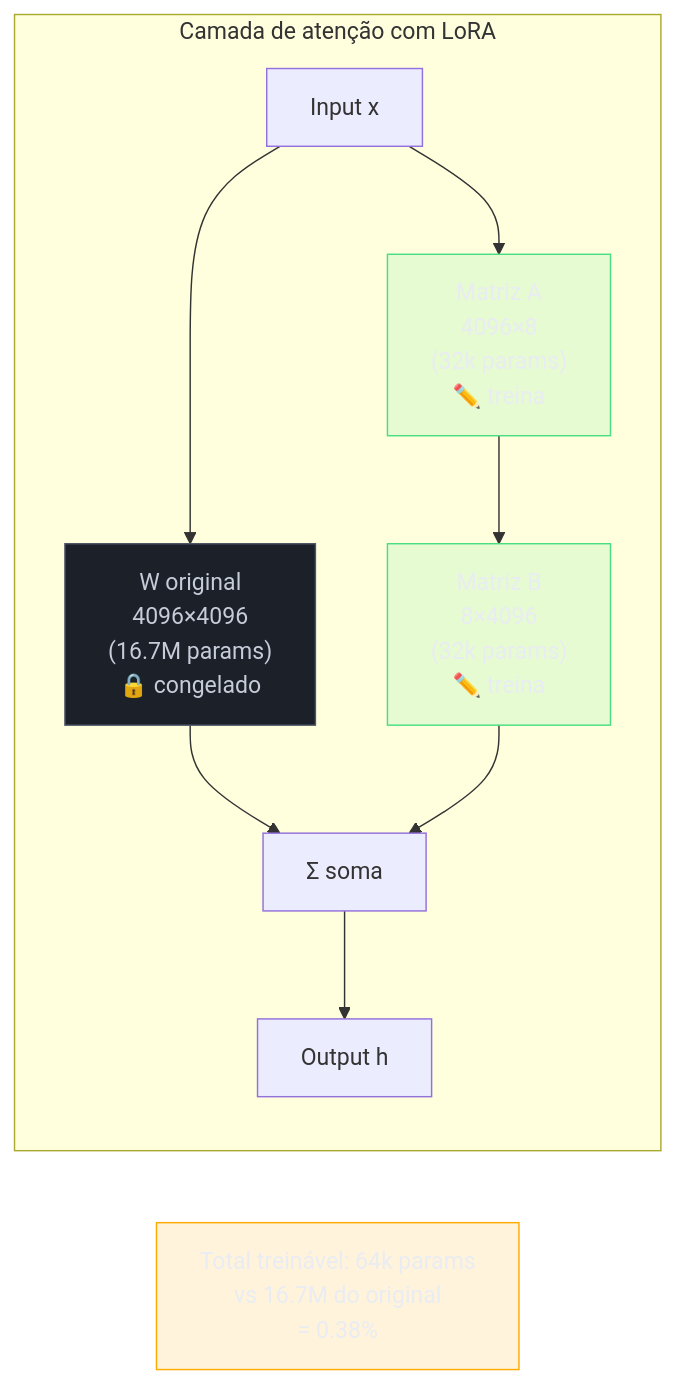
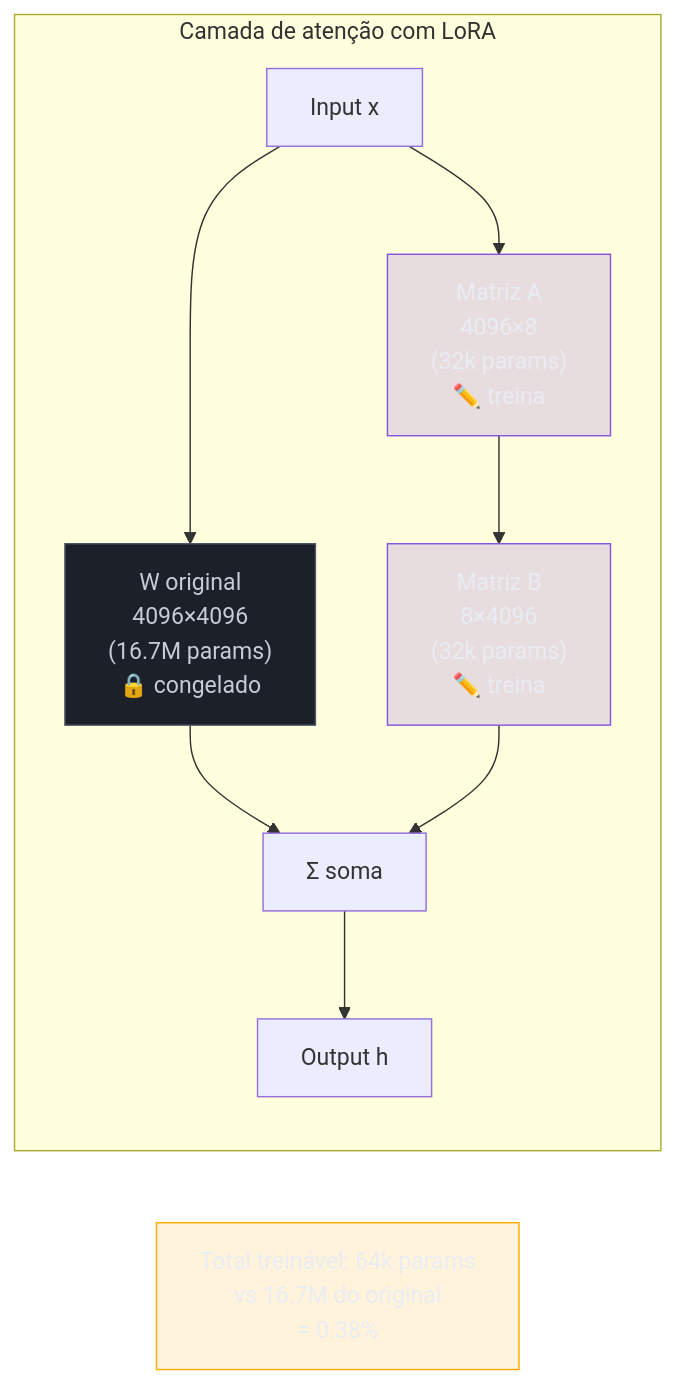
The first of 4 diagrams in 03-Dominios/Tecnologia/IA/Anatomia dos LLMs/21 - Fine-tuning na prática — LoRA, QLoRA, DPO.md (josenaldo/codex-technomanticus), drawn with Mermaid before and after one commit. The commit also changed other lines of this file and 601 other files, not shown here.

````diff
--- a/03-Dominios/Tecnologia/IA/Anatomia dos LLMs/21 - Fine-tuning na prática — LoRA, QLoRA, DPO.md
+++ b/03-Dominios/Tecnologia/IA/Anatomia dos LLMs/21 - Fine-tuning na prática — LoRA, QLoRA, DPO.md
@@ -77,19 +77,19 @@
 ```mermaid
 graph LR
+    classDef marca fill:#8855DF33,stroke:#8855DF,color:#E9ECF2
     classDef neutro fill:#1B2029,stroke:#4E5666,color:#C6CCD8
-    classDef ok fill:#4ADE8021,stroke:#4ADE80,color:#E9ECF2
     classDef destaque fill:#FFAA0024,stroke:#FFAA00,color:#E9ECF2
     subgraph "Camada de atenção com LoRA"
         X["Input x"] --> W["W original\n4096×4096\n(16.7M params)\n🔒 congelado"]
         X --> A["Matriz A\n4096×8\n(32k params)\n✏️ treina"]
         A --> B["Matriz B\n8×4096\n(32k params)\n✏️ treina"]
         W --> SUM["Σ soma"]
         B --> SUM
         SUM --> Y["Output h"]
     end
     note1["Total treinável: 64k params\nvs 16.7M do original\n= 0.38%"]
     class W neutro
-    class A ok
-    class B ok
+    class A marca
+    class B marca
     class note1 destaque
 ```
````
